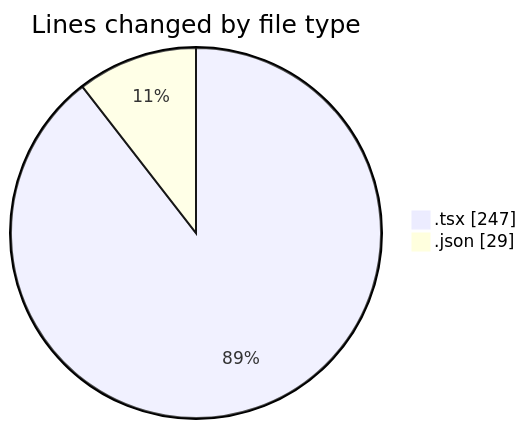
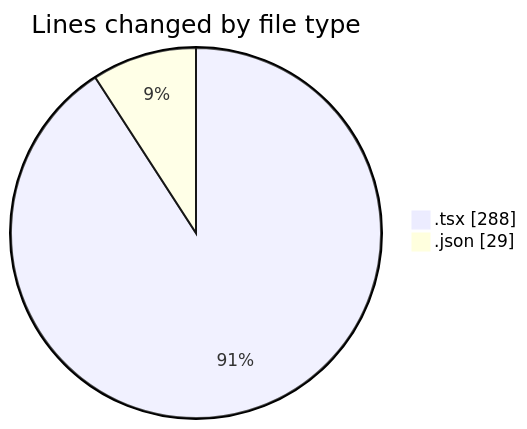
The first of 2 diagrams in 2025-05-15/laala_boost/README.md (Elitesun/code-tracking), drawn with Mermaid before and after one commit. The commit also changed other lines of this file and 1 other file, not shown here.

````diff
--- a/2025-05-15/laala_boost/README.md
+++ b/2025-05-15/laala_boost/README.md
@@ -21,6 +21,6 @@
 ```mermaid
 pie showData
 title Lines changed by file type
-".tsx" : 247
+".tsx" : 288
 ".json" : 29
 ```
````
